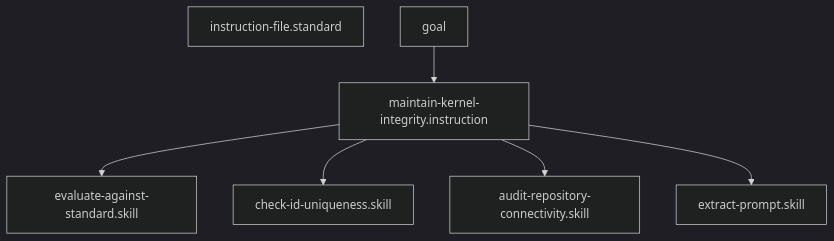
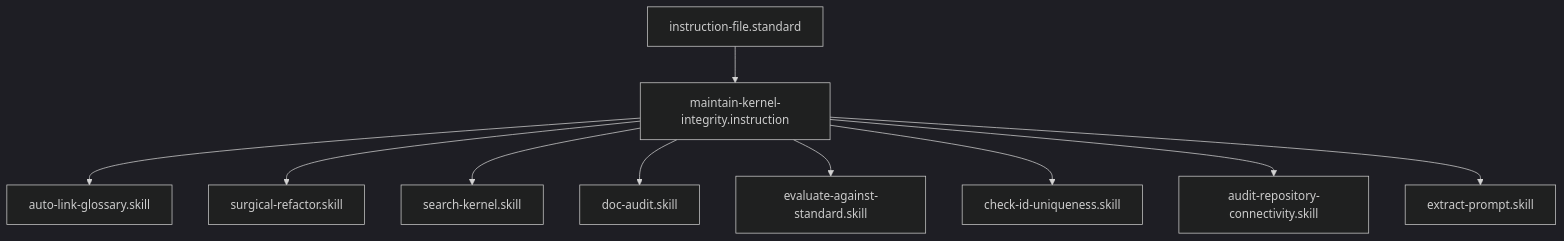
One commit to Gizmo4Life/ai-kernel changed the diagram in instructions/maintain-kernel-integrity.instruction.md. Above: the diagram before and after it, drawn with Mermaid (dark theme). The commit also changed other lines of this file and 89 other files, not shown here.

````diff
--- a/instructions/maintain-kernel-integrity.instruction.md
+++ b/instructions/maintain-kernel-integrity.instruction.md
@@ -23,9 +23,12 @@
 ```mermaid
 graph TD
-    instruction-file.standard
-goal --> maintain-kernel-integrity.instruction
+    instruction-file.standard --> maintain-kernel-integrity.instruction
+    maintain-kernel-integrity.instruction --> auto-link-glossary[auto-link-glossary.skill]
+    maintain-kernel-integrity.instruction --> surgical-refactor[surgical-refactor.skill]
+    maintain-kernel-integrity.instruction --> search-kernel[search-kernel.skill]
+    maintain-kernel-integrity.instruction --> doc-audit[doc-audit.skill]
     maintain-kernel-integrity.instruction --> evaluate-against-standard[evaluate-against-standard.skill]
     maintain-kernel-integrity.instruction --> check-id-uniqueness[check-id-uniqueness.skill]
     maintain-kernel-integrity.instruction --> audit-repository-connectivity[audit-repository-connectivity.skill]
     maintain-kernel-integrity.instruction --> extract-prompt[extract-prompt.skill]
 ```
````
